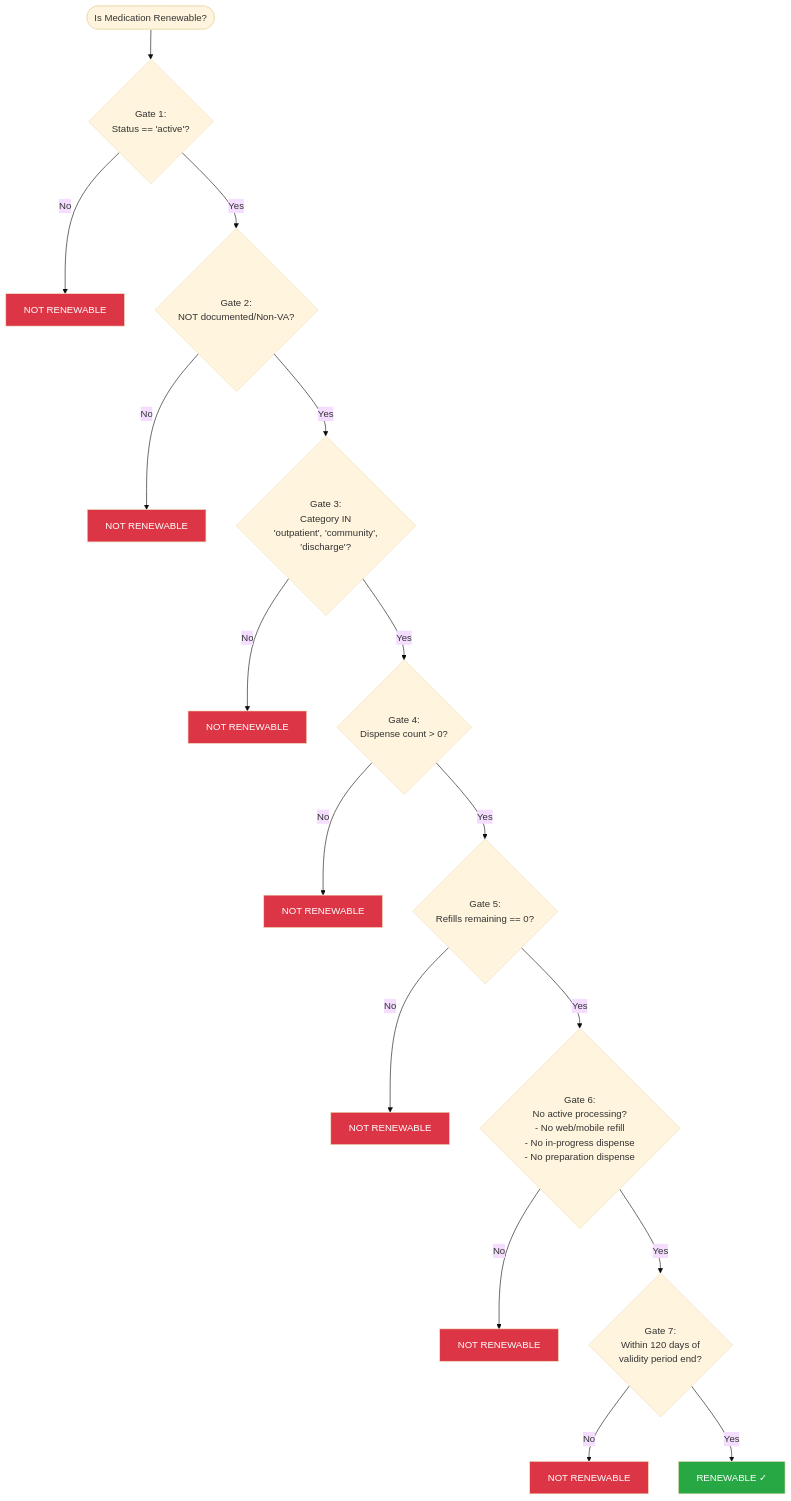
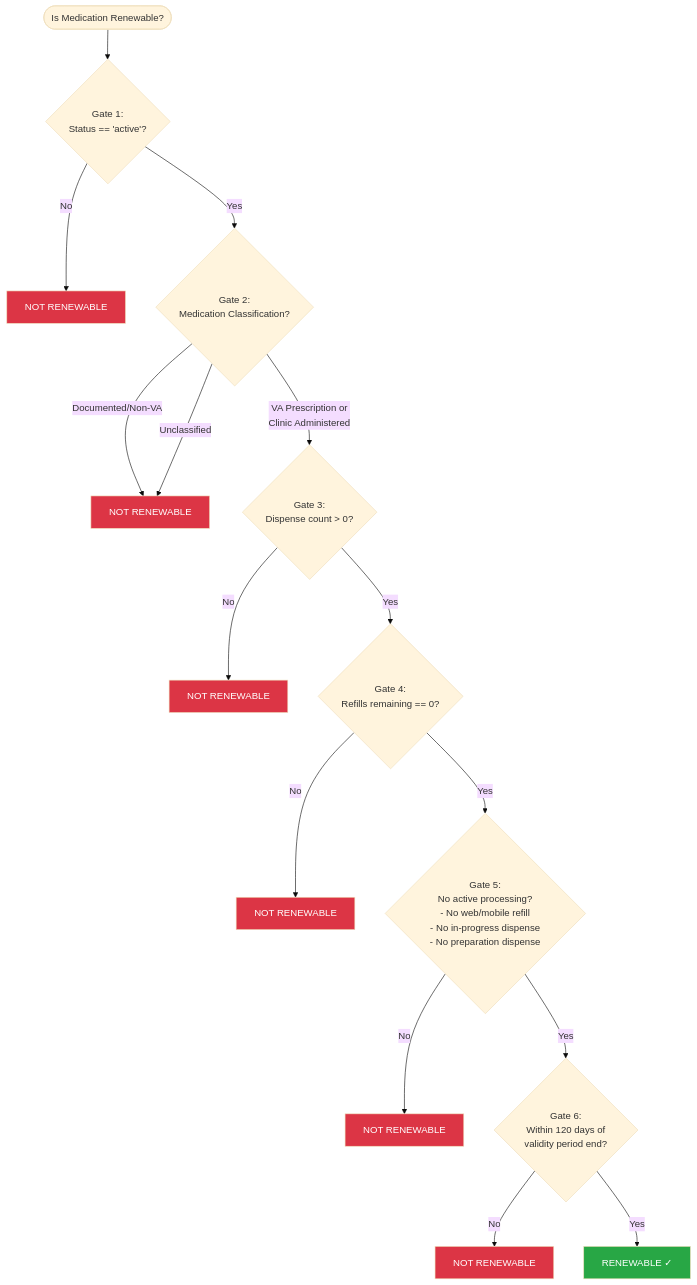
The diagram in products/health-care/digital-health-modernization/mhv-to-va.gov/medications/requirements/oracle_health_renewability_spec.md (department-of-veterans-affairs/va.gov-team), drawn with Mermaid (base theme) before and after one commit. The commit also changed other lines of this file, not shown here.

````diff
--- a/products/health-care/digital-health-modernization/mhv-to-va.gov/medications/requirements/oracle_health_renewability_spec.md
+++ b/products/health-care/digital-health-modernization/mhv-to-va.gov/medications/requirements/oracle_health_renewability_spec.md
@@ -121,41 +126,37 @@
 ```mermaid
 flowchart TD
     Start([Is Medication Renewable?]) --> Gate1
 
     Gate1{Gate 1:<br/>Status == 'active'?}
     Gate1 -->|No| NotRenewable1[NOT RENEWABLE]
     Gate1 -->|Yes| Gate2
 
-    Gate2{Gate 2:<br/>NOT documented/Non-VA?}
-    Gate2 -->|No| NotRenewable2[NOT RENEWABLE]
-    Gate2 -->|Yes| Gate3
+    Gate2{Gate 2:<br/>Medication Classification?}
+    Gate2 -->|Documented/Non-VA| NotRenewable2[NOT RENEWABLE]
+    Gate2 -->|Unclassified| NotRenewable2
+    Gate2 -->|VA Prescription or<br/>Clinic Administered| Gate3
 
-    Gate3{Gate 3:<br/>Category IN<br/>'outpatient', 'community',<br/>'discharge'?}
+    Gate3{Gate 3:<br/>Dispense count > 0?}
     Gate3 -->|No| NotRenewable3[NOT RENEWABLE]
     Gate3 -->|Yes| Gate4
 
-    Gate4{Gate 4:<br/>Dispense count > 0?}
+    Gate4{Gate 4:<br/>Refills remaining == 0?}
     Gate4 -->|No| NotRenewable4[NOT RENEWABLE]
     Gate4 -->|Yes| Gate5
 
-    Gate5{Gate 5:<br/>Refills remaining == 0?}
+    Gate5{Gate 5:<br/>No active processing?<br/>- No web/mobile refill<br/>- No in-progress dispense<br/>- No preparation dispense}
     Gate5 -->|No| NotRenewable5[NOT RENEWABLE]
     Gate5 -->|Yes| Gate6
 
-    Gate6{Gate 6:<br/>No active processing?<br/>- No web/mobile refill<br/>- No in-progress dispense<br/>- No preparation dispense}
+    Gate6{Gate 6:<br/>Within 120 days of<br/>validity period end?}
     Gate6 -->|No| NotRenewable6[NOT RENEWABLE]
-    Gate6 -->|Yes| Gate7
-
-    Gate7{Gate 7:<br/>Within 120 days of<br/>validity period end?}
-    Gate7 -->|No| NotRenewable7[NOT RENEWABLE]
-    Gate7 -->|Yes| Renewable[RENEWABLE ✓]
+    Gate6 -->|Yes| Renewable[RENEWABLE ✓]
 
     style Renewable fill:#28a745,color:#fff
     style NotRenewable1 fill:#dc3545,color:#fff
     style NotRenewable2 fill:#dc3545,color:#fff
     style NotRenewable3 fill:#dc3545,color:#fff
     style NotRenewable4 fill:#dc3545,color:#fff
     style NotRenewable5 fill:#dc3545,color:#fff
     style NotRenewable6 fill:#dc3545,color:#fff
-    style NotRenewable7 fill:#dc3545,color:#fff
 ```
````
